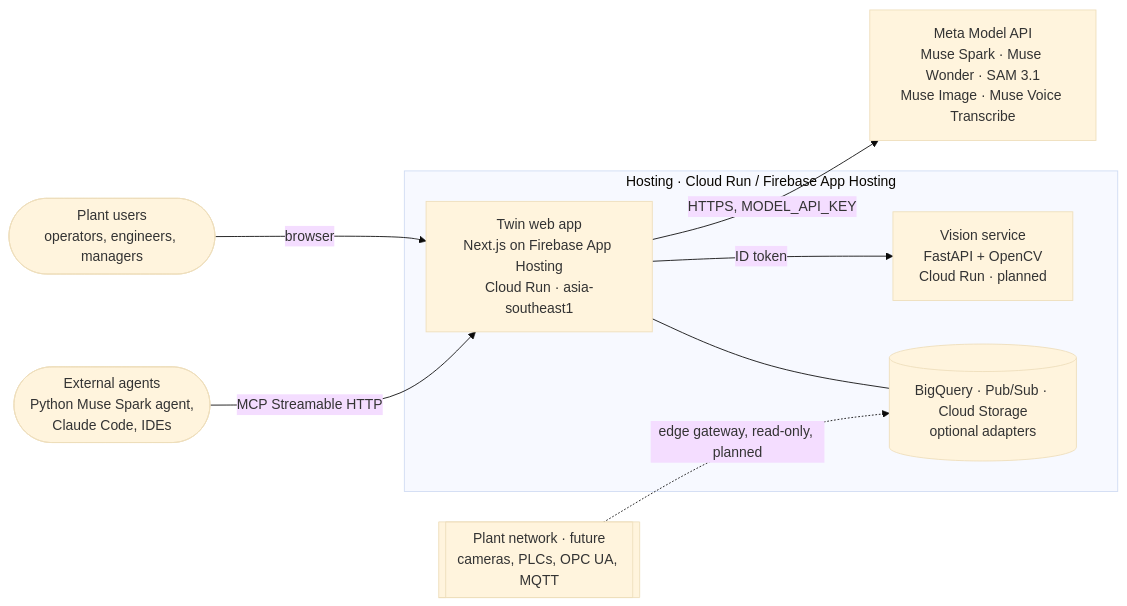
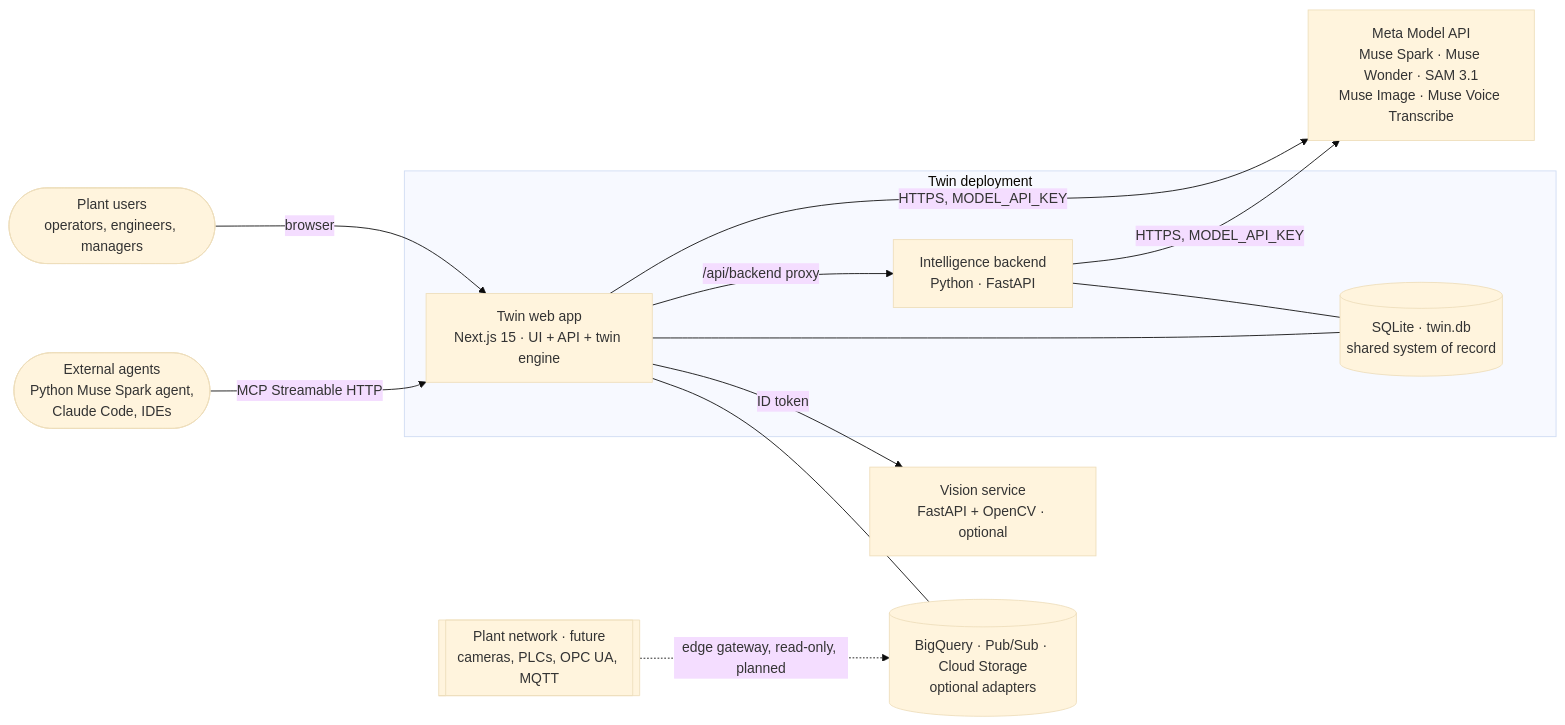
The first of 3 diagrams in docs/architecture.md (chiraghs/Twin), drawn with Mermaid (base theme) before and after one commit. The commit also changed other lines of this file and 5 other files, not shown here.

First line of the commit message:
Docs: describe Twin as web app + intelligence backend on one SQLite database

````diff
--- a/docs/architecture.md
+++ b/docs/architecture.md
@@ -31,18 +32,24 @@
 ```mermaid
 flowchart LR
   user([Plant users<br/>operators, engineers, managers])
   ext([External agents<br/>Python Muse Spark agent,<br/>Claude Code, IDEs])
   meta[Meta Model API<br/>Muse Spark · Muse Wonder · SAM 3.1<br/>Muse Image · Muse Voice Transcribe]
-  subgraph GCP[Hosting · Cloud Run / Firebase App Hosting]
-    app[Twin web app<br/>Next.js on Firebase App Hosting<br/>Cloud Run · asia-southeast1]
-    vision[Vision service<br/>FastAPI + OpenCV<br/>Cloud Run · planned]
-    other[(BigQuery · Pub/Sub · Cloud Storage<br/>optional adapters)]
+  subgraph host[Twin deployment]
+    app[Twin web app<br/>Next.js 15 · UI + API + twin engine]
+    backend[Intelligence backend<br/>Python · FastAPI]
+    db[(SQLite · twin.db<br/>shared system of record)]
   end
+  vision[Vision service<br/>FastAPI + OpenCV · optional]
+  other[(BigQuery · Pub/Sub · Cloud Storage<br/>optional adapters)]
   plant[[Plant network · future<br/>cameras, PLCs, OPC UA, MQTT]]
   user -->|browser| app
   ext -->|MCP Streamable HTTP| app
   app -->|HTTPS, MODEL_API_KEY| meta
+  backend -->|HTTPS, MODEL_API_KEY| meta
+  app -->|/api/backend proxy| backend
+  app --- db
+  backend --- db
   app -->|ID token| vision
   app --- other
   plant -.->|edge gateway, read-only, planned| other
 ```
````
